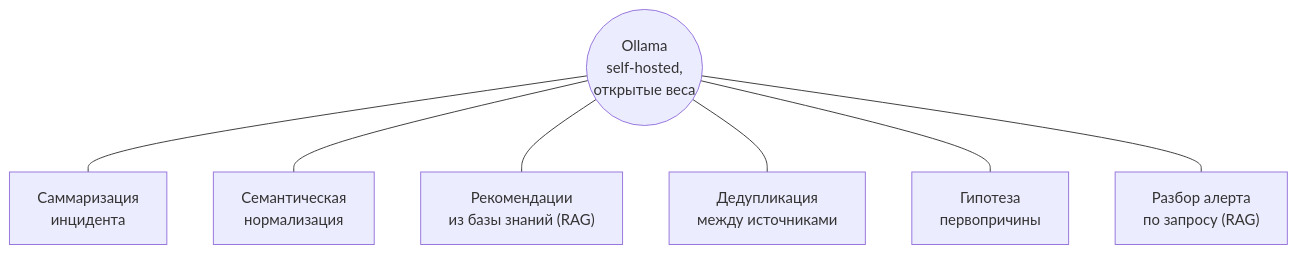
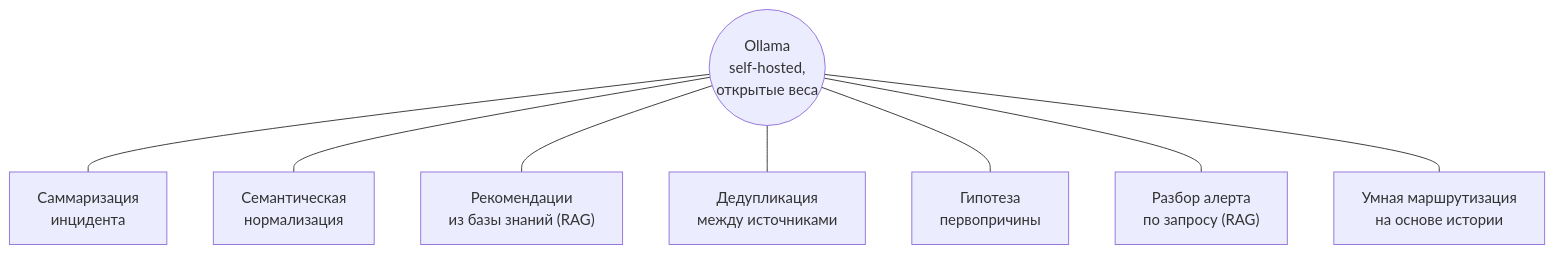
Before and after one commit to hhanqq/g-v-p: the fourth of 6 diagrams in PRESENTATION_CONTENT.md, drawn with Mermaid. The commit also changed other lines of this file and 9 other files, not shown here.

````diff
--- a/PRESENTATION_CONTENT.md
+++ b/PRESENTATION_CONTENT.md
@@ -583,10 +604,11 @@
 ```mermaid
 graph TD
     OLLAMA(("Ollama\nself-hosted,\nоткрытые веса"))
     OLLAMA --- A["Саммаризация\nинцидента"]
     OLLAMA --- B["Семантическая\nнормализация"]
     OLLAMA --- C["Рекомендации\nиз базы знаний (RAG)"]
     OLLAMA --- D["Дедупликация\nмежду источниками"]
     OLLAMA --- E["Гипотеза\nпервопричины"]
     OLLAMA --- F["Разбор алерта\nпо запросу (RAG)"]
+    OLLAMA --- G["Умная маршрутизация\nна основе истории"]
 ```
````
